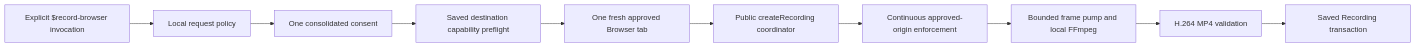
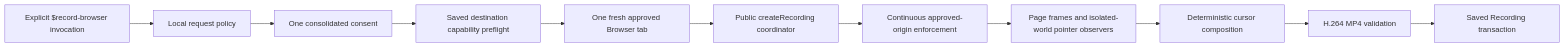
One commit to flsteven87/codex-browser-recorder changed the diagram in README.md. Above: the diagram before and after it, drawn with Mermaid. The commit also changed other lines of this file and 25 other files, not shown here.

````diff
--- a/README.md
+++ b/README.md
@@ -159,12 +169,13 @@
 ```mermaid
 flowchart LR
     U["Explicit $record-browser invocation"] --> P["Local request policy"]
     P --> C["One consolidated consent"]
     C --> D["Saved destination capability preflight"]
     D --> B["One fresh approved Browser tab"]
     B --> R["Public createRecording coordinator"]
     R --> O["Continuous approved-origin enforcement"]
-    O --> F["Bounded frame pump and local FFmpeg"]
-    F --> V["H.264 MP4 validation"]
+    O --> F["Page frames and isolated-world pointer observers"]
+    F --> C2["Deterministic cursor composition"]
+    C2 --> V["H.264 MP4 validation"]
     V --> A["Saved Recording transaction"]
 ```
````
